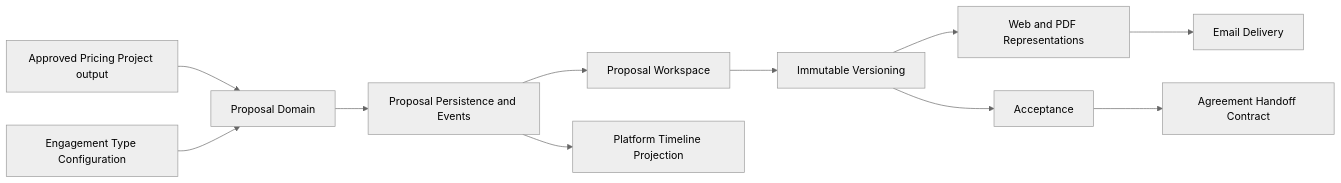
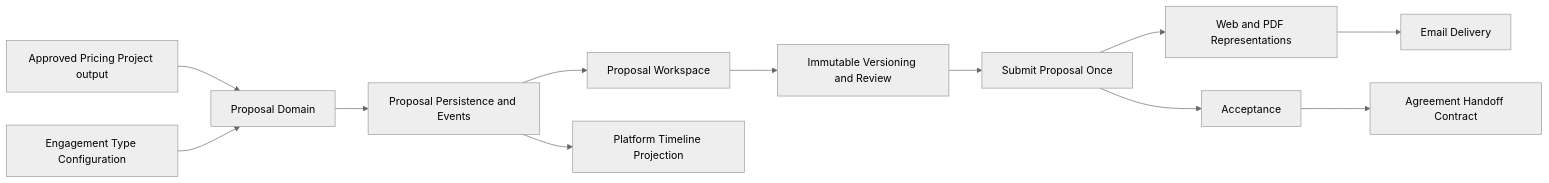
Before and after one commit to coty-gibson/Cotarion-Projects: the diagram in docs/adr/ADR-018-proposal-management-implementation-plan.md, drawn with Mermaid (neutral theme). The commit also changed other lines of this file and 27 other files, not shown here.

Commit message:
docs: finalize Proposal Management architecture for Sprint 3 readiness

````diff
--- a/docs/adr/ADR-018-proposal-management-implementation-plan.md
+++ b/docs/adr/ADR-018-proposal-management-implementation-plan.md
@@ -43,13 +46,14 @@
 ```mermaid
 flowchart LR
     P[Approved Pricing Project output] --> D[Proposal Domain]
     ET[Engagement Type Configuration] --> D
     D --> DB[Proposal Persistence and Events]
     DB --> UI[Proposal Workspace]
-    UI --> V[Immutable Versioning]
-    V --> R[Web and PDF Representations]
+    UI --> V[Immutable Versioning and Review]
+    V --> S[Submit Proposal Once]
+    S --> R[Web and PDF Representations]
     R --> E[Email Delivery]
-    V --> A[Acceptance]
+    S --> A[Acceptance]
     A --> H[Agreement Handoff Contract]
     DB --> T[Platform Timeline Projection]
 ```
````
